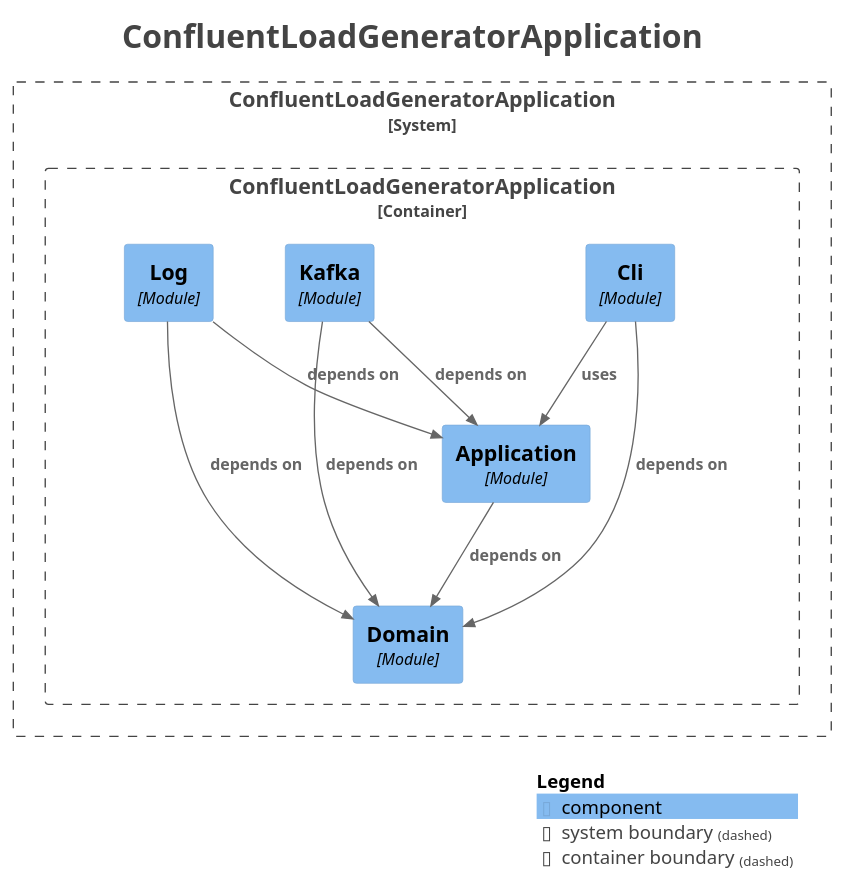
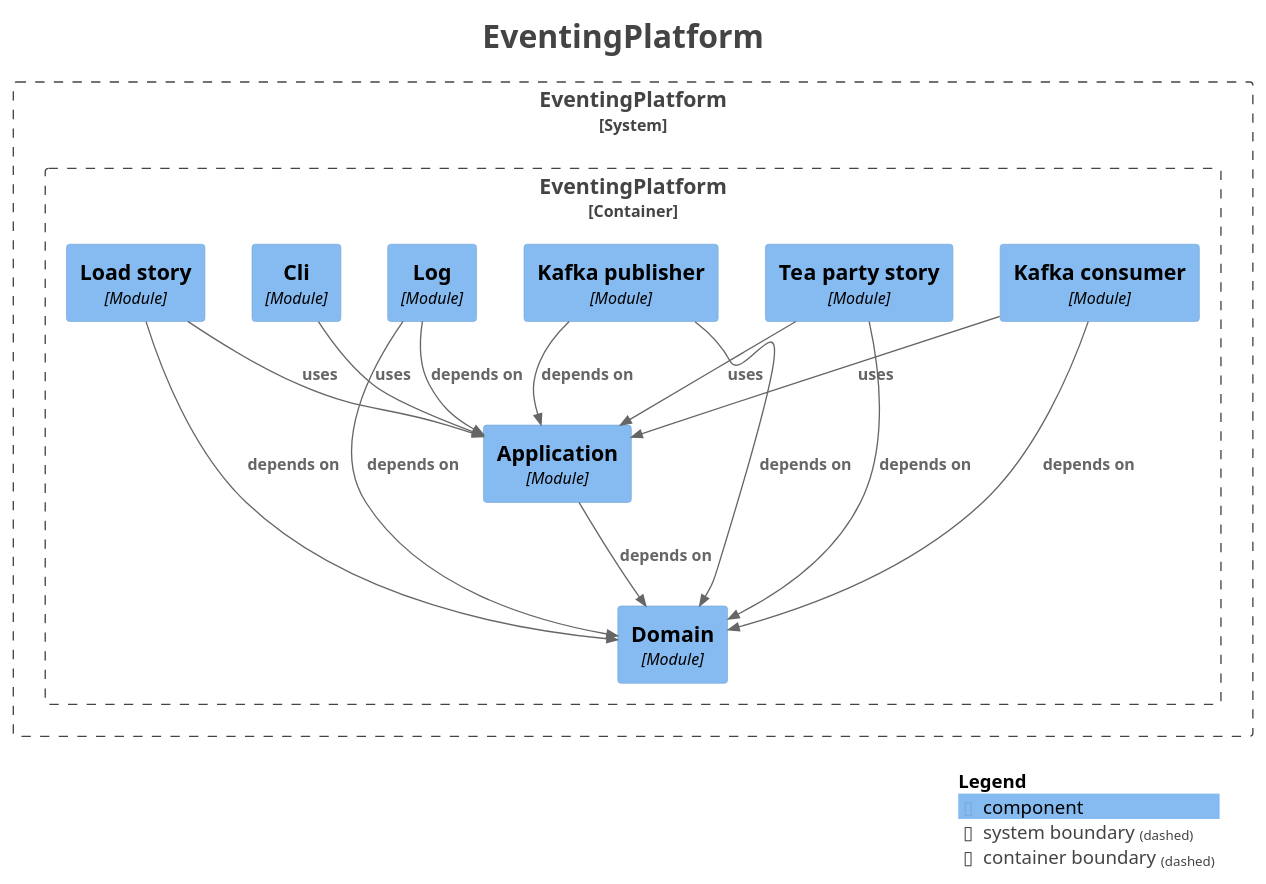
Before and after one commit to Mathmagicians/confluent-eventing-playground: the diagram in docs/generated/architecture/plantuml/components.puml, drawn with PlantUML. The commit also changed 229 other files, not shown here.

Commit message:
Split the application into eventing-platform, and stories that can interact with it, including a stand-alone example. Stories can bring their own bdd lines, or reuse existing. Flink gets to be orthogonal

```diff
--- a/docs/generated/architecture/plantuml/components.puml
+++ b/docs/generated/architecture/plantuml/components.puml
@@ -1,39 +1,47 @@
 @startuml
-title <size:24>ConfluentLoadGeneratorApplication</size>
+title <size:24>EventingPlatform</size>
 
 set separator none
 top to bottom direction
 
 <style>
   root {
     BackgroundColor: #ffffff
     FontColor: #444444
   }
 </style>
 
 !include <C4/C4>
 !include <C4/C4_Context>
 !include <C4/C4_Component>
 
-System_Boundary("ConfluentLoadGeneratorApplication_boundary", "ConfluentLoadGeneratorApplication", $tags="") {
-  Container_Boundary("ConfluentLoadGeneratorApplication.ConfluentLoadGeneratorApplication_boundary", "ConfluentLoadGeneratorApplication", $tags="") {
-    Component(ConfluentLoadGeneratorApplication.ConfluentLoadGeneratorApplication.Domain, "Domain", $techn="Module", $descr="", $tags="", $link="")
-    Component(ConfluentLoadGeneratorApplication.ConfluentLoadGeneratorApplication.Application, "Application", $techn="Module", $descr="", $tags="", $link="")
-    Component(ConfluentLoadGeneratorApplication.ConfluentLoadGeneratorApplication.Cli, "Cli", $techn="Module", $descr="", $tags="", $link="")
-    Component(ConfluentLoadGeneratorApplication.ConfluentLoadGeneratorApplication.Kafka, "Kafka", $techn="Module", $descr="", $tags="", $link="")
-    Component(ConfluentLoadGeneratorApplication.ConfluentLoadGeneratorApplication.Log, "Log", $techn="Module", $descr="", $tags="", $link="")
+System_Boundary("EventingPlatform_boundary", "EventingPlatform", $tags="") {
+  Container_Boundary("EventingPlatform.EventingPlatform_boundary", "EventingPlatform", $tags="") {
+    Component(EventingPlatform.EventingPlatform.Teapartystory, "Tea party story", $techn="Module", $descr="", $tags="", $link="")
+    Component(EventingPlatform.EventingPlatform.Domain, "Domain", $techn="Module", $descr="", $tags="", $link="")
+    Component(EventingPlatform.EventingPlatform.Application, "Application", $techn="Module", $descr="", $tags="", $link="")
+    Component(EventingPlatform.EventingPlatform.Cli, "Cli", $techn="Module", $descr="", $tags="", $link="")
+    Component(EventingPlatform.EventingPlatform.Kafkaconsumer, "Kafka consumer", $techn="Module", $descr="", $tags="", $link="")
+    Component(EventingPlatform.EventingPlatform.Kafkapublisher, "Kafka publisher", $techn="Module", $descr="", $tags="", $link="")
+    Component(EventingPlatform.EventingPlatform.Log, "Log", $techn="Module", $descr="", $tags="", $link="")
+    Component(EventingPlatform.EventingPlatform.Loadstory, "Load story", $techn="Module", $descr="", $tags="", $link="")
   }
 
 }
 
-Rel(ConfluentLoadGeneratorApplication.ConfluentLoadGeneratorApplication.Application, ConfluentLoadGeneratorApplication.ConfluentLoadGeneratorApplication.Domain, "depends on", $techn="", $tags="", $link="")
-Rel(ConfluentLoadGeneratorApplication.ConfluentLoadGeneratorApplication.Log, ConfluentLoadGeneratorApplication.ConfluentLoadGeneratorApplication.Domain, "depends on", $techn="", $tags="", $link="")
-Rel(ConfluentLoadGeneratorApplication.ConfluentLoadGeneratorApplication.Log, ConfluentLoadGeneratorApplication.ConfluentLoadGeneratorApplication.Application, "depends on", $techn="", $tags="", $link="")
-Rel(ConfluentLoadGeneratorApplication.ConfluentLoadGeneratorApplication.Cli, ConfluentLoadGeneratorApplication.ConfluentLoadGeneratorApplication.Domain, "depends on", $techn="", $tags="", $link="")
-Rel(ConfluentLoadGeneratorApplication.ConfluentLoadGeneratorApplication.Cli, ConfluentLoadGeneratorApplication.ConfluentLoadGeneratorApplication.Application, "uses", $techn="", $tags="", $link="")
-Rel(ConfluentLoadGeneratorApplication.ConfluentLoadGeneratorApplication.Kafka, ConfluentLoadGeneratorApplication.ConfluentLoadGeneratorApplication.Domain, "depends on", $techn="", $tags="", $link="")
-Rel(ConfluentLoadGeneratorApplication.ConfluentLoadGeneratorApplication.Kafka, ConfluentLoadGeneratorApplication.ConfluentLoadGeneratorApplication.Application, "depends on", $techn="", $tags="", $link="")
+Rel(EventingPlatform.EventingPlatform.Cli, EventingPlatform.EventingPlatform.Application, "uses", $techn="", $tags="", $link="")
+Rel(EventingPlatform.EventingPlatform.Kafkaconsumer, EventingPlatform.EventingPlatform.Domain, "depends on", $techn="", $tags="", $link="")
+Rel(EventingPlatform.EventingPlatform.Kafkaconsumer, EventingPlatform.EventingPlatform.Application, "uses", $techn="", $tags="", $link="")
+Rel(EventingPlatform.EventingPlatform.Kafkapublisher, EventingPlatform.EventingPlatform.Domain, "depends on", $techn="", $tags="", $link="")
+Rel(EventingPlatform.EventingPlatform.Kafkapublisher, EventingPlatform.EventingPlatform.Application, "depends on", $techn="", $tags="", $link="")
+Rel(EventingPlatform.EventingPlatform.Log, EventingPlatform.EventingPlatform.Domain, "depends on", $techn="", $tags="", $link="")
+Rel(EventingPlatform.EventingPlatform.Log, EventingPlatform.EventingPlatform.Application, "depends on", $techn="", $tags="", $link="")
+Rel(EventingPlatform.EventingPlatform.Loadstory, EventingPlatform.EventingPlatform.Domain, "depends on", $techn="", $tags="", $link="")
+Rel(EventingPlatform.EventingPlatform.Loadstory, EventingPlatform.EventingPlatform.Application, "uses", $techn="", $tags="", $link="")
+Rel(EventingPlatform.EventingPlatform.Application, EventingPlatform.EventingPlatform.Domain, "depends on", $techn="", $tags="", $link="")
+Rel(EventingPlatform.EventingPlatform.Teapartystory, EventingPlatform.EventingPlatform.Domain, "depends on", $techn="", $tags="", $link="")
+Rel(EventingPlatform.EventingPlatform.Teapartystory, EventingPlatform.EventingPlatform.Application, "uses", $techn="", $tags="", $link="")
 
 SHOW_LEGEND(true)
 hide stereotypes
 @enduml
```
